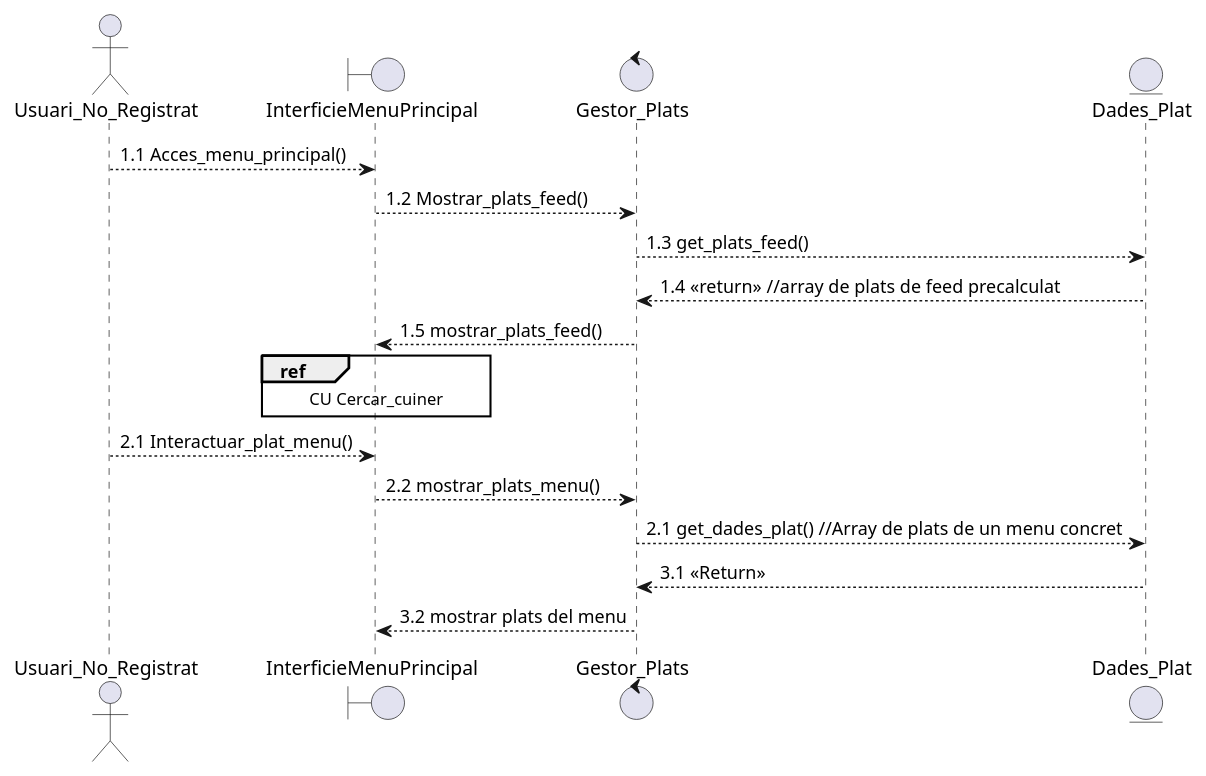
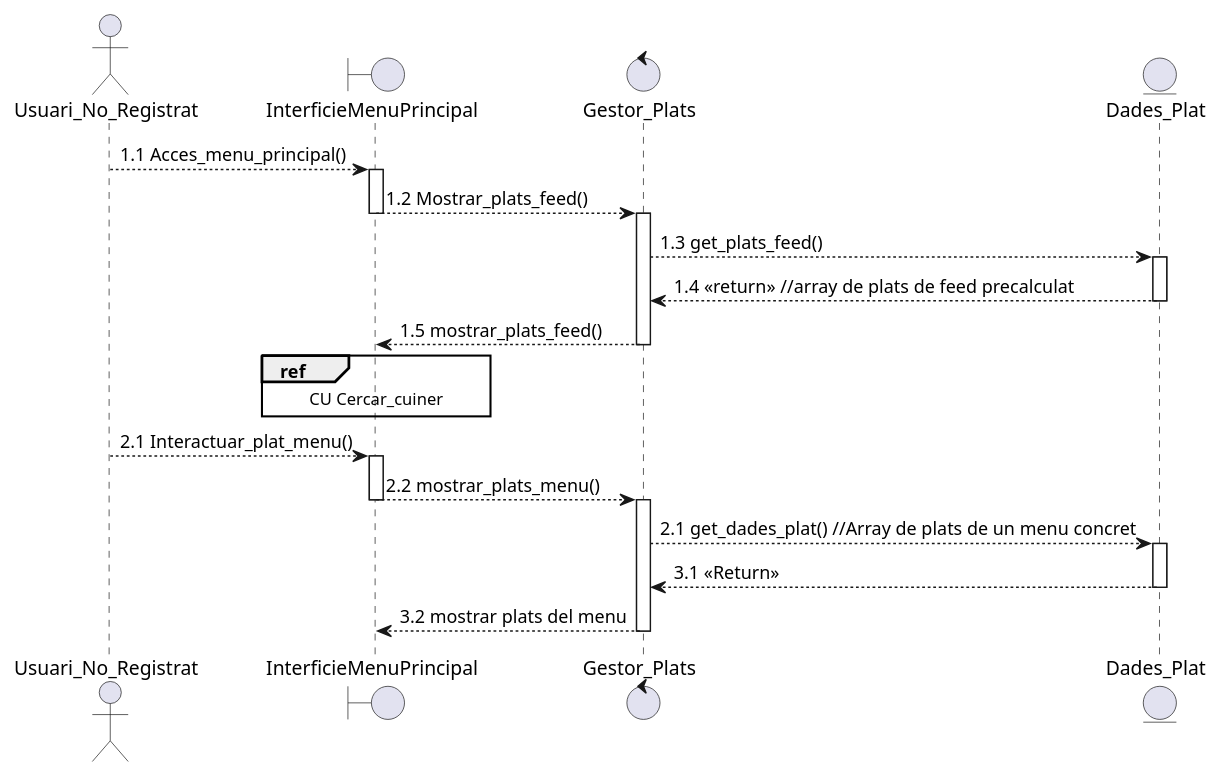
One commit to martipages/ES23UAB431-02 changed the diagram in documents/Diagrames i Especificacions/Seqüencia/ALEJANDRO/Consultar Menu.puml. Above: the diagram before and after it, drawn with PlantUML. The commit also changed 5 other files, not shown here.

```diff
--- a/documents/Diagrames i Especificacions/Seqüencia/ALEJANDRO/Consultar Menu.puml
+++ b/documents/Diagrames i Especificacions/Seqüencia/ALEJANDRO/Consultar Menu.puml
@@ -1,24 +1,21 @@
 @startuml
 
 actor Usuari_No_Registrat as UsuariN
 boundary InterficieMenuPrincipal as interficie
 
 control Gestor_Plats as gestor
 entity Dades_Plat as Plat
 
-UsuariN --> interficie : 1.1 Acces_menu_principal()
-interficie --> gestor : 1.2 Mostrar_plats_feed()
-gestor --> Plat : 1.3 get_plats_feed()
-Plat --> gestor : 1.4 <<return>> //array de plats de feed precalculat
-gestor --> interficie : 1.5 mostrar_plats_feed()
+UsuariN --> interficie ++: 1.1 Acces_menu_principal()
+interficie --> gestor --++: 1.2 Mostrar_plats_feed()
+gestor --> Plat ++: 1.3 get_plats_feed()
+Plat --> gestor --: 1.4 <<return>> //array de plats de feed precalculat
+gestor --> interficie --: 1.5 mostrar_plats_feed()
 ref over interficie : CU Cercar_cuiner 
-UsuariN --> interficie : 2.1 Interactuar_plat_menu()
-interficie --> gestor : 2.2 mostrar_plats_menu()
-gestor --> Plat : 2.1 get_dades_plat() //Array de plats de un menu concret
-Plat --> gestor : 3.1 <<Return>>
-gestor --> interficie : 3.2 mostrar plats del menu
-
-
-
+UsuariN --> interficie ++: 2.1 Interactuar_plat_menu()
+interficie --> gestor --++: 2.2 mostrar_plats_menu()
+gestor --> Plat ++: 2.1 get_dades_plat() //Array de plats de un menu concret
+Plat --> gestor --: 3.1 <<Return>>
+gestor --> interficie --: 3.2 mostrar plats del menu
 
 @enduml
```
